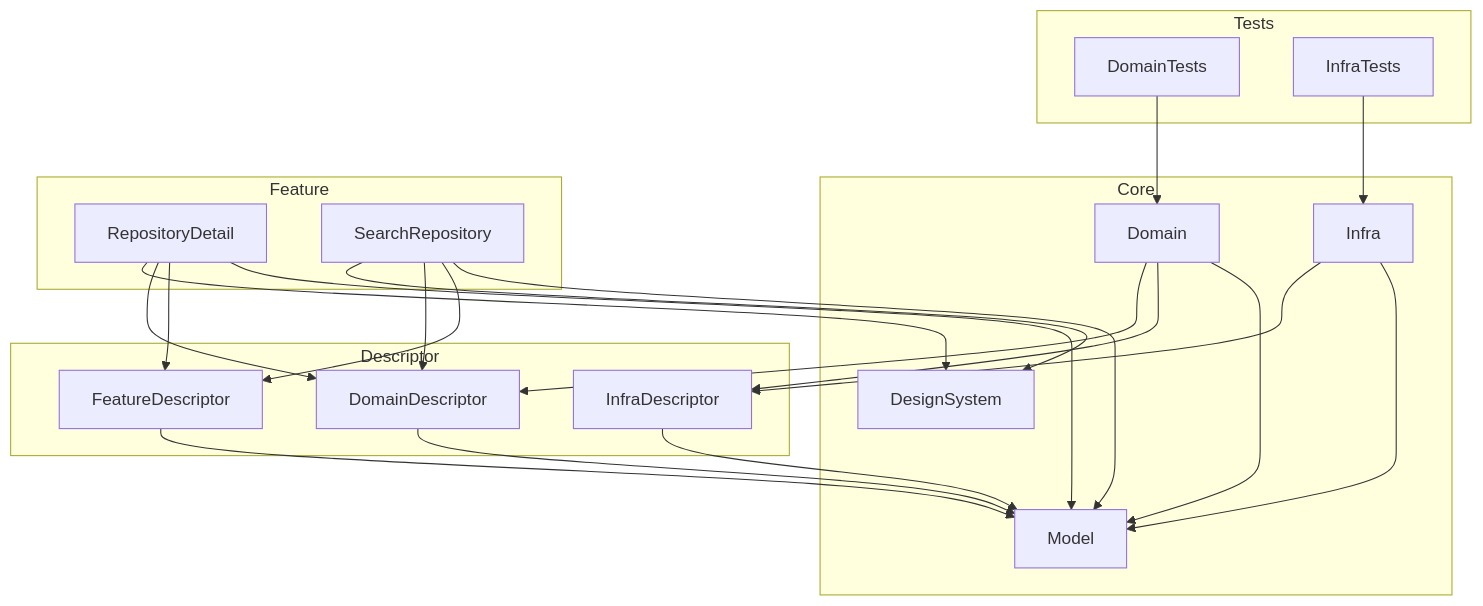
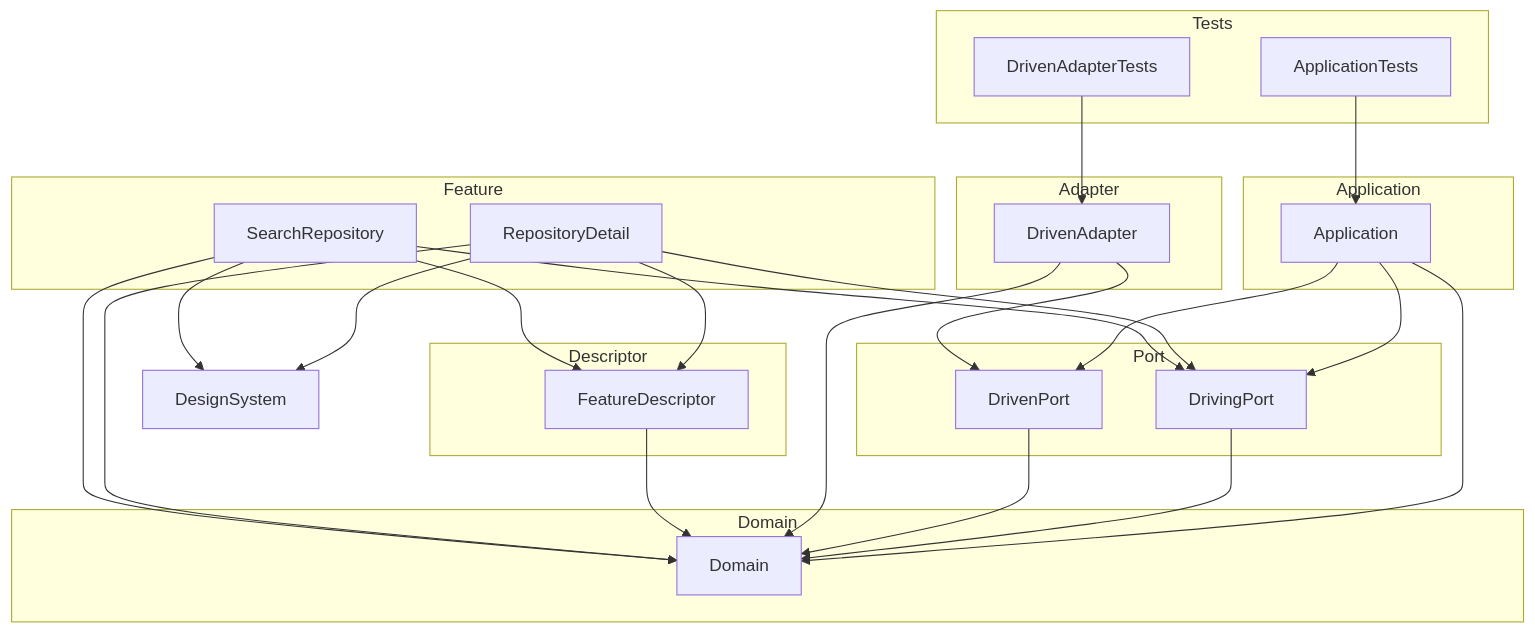
The diagram in CLAUDE.md (shumpei-nagata/Sandbox-MultiModule), drawn with Mermaid before and after one commit. The commit also changed other lines of this file and 21 other files, not shown here.

Commit message:
Hexagonal Architectureを参考に構成を変更

````diff
--- a/CLAUDE.md
+++ b/CLAUDE.md
@@ -69,41 +90,46 @@
 ```mermaid
 graph TD
-  subgraph Core
-    DesignSystem
-    Domain
-    Infra
-    Model
+  subgraph Domain
+    DomainModel[Domain]
+  end
+  subgraph Application
+    App[Application]
+  end
+  subgraph Port
+    DrivingPort
+    DrivenPort
+  end
+  subgraph Adapter
+    DrivenAdapter[DrivenAdapter]
   end
   subgraph Descriptor
-    DomainDescriptor
     FeatureDescriptor
-    InfraDescriptor
   end
   subgraph Feature
     RepositoryDetail
     SearchRepository
   end
   subgraph Tests
-    DomainTests
-    InfraTests
+    ApplicationTests
+    DrivenAdapterTests
   end
 
-  Domain --> DomainDescriptor
-  Domain --> InfraDescriptor
-  Domain --> Model
-  DomainDescriptor --> Model
-  DomainTests --> Domain
-  FeatureDescriptor --> Model
-  Infra --> InfraDescriptor
-  Infra --> Model
-  InfraDescriptor --> Model
-  InfraTests --> Infra
+  App --> DrivingPort
+  App --> DrivenPort
+  App --> DomainModel
+  DrivingPort --> DomainModel
+  DrivenPort --> DomainModel
+  DrivenAdapter --> DrivenPort
+  DrivenAdapter --> DomainModel
+  FeatureDescriptor --> DomainModel
   RepositoryDetail --> DesignSystem
-  RepositoryDetail --> DomainDescriptor
+  RepositoryDetail --> DrivingPort
   RepositoryDetail --> FeatureDescriptor
-  RepositoryDetail --> Model
+  RepositoryDetail --> DomainModel
   SearchRepository --> DesignSystem
-  SearchRepository --> DomainDescriptor
+  SearchRepository --> DrivingPort
   SearchRepository --> FeatureDescriptor
-  SearchRepository --> Model
+  SearchRepository --> DomainModel
+  ApplicationTests --> App
+  DrivenAdapterTests --> DrivenAdapter
 ```
````
